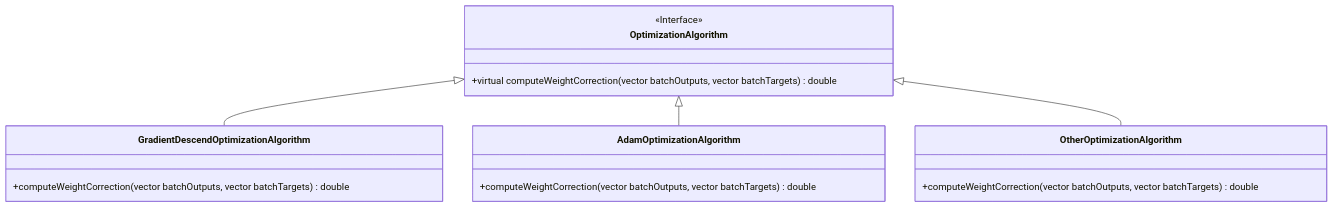
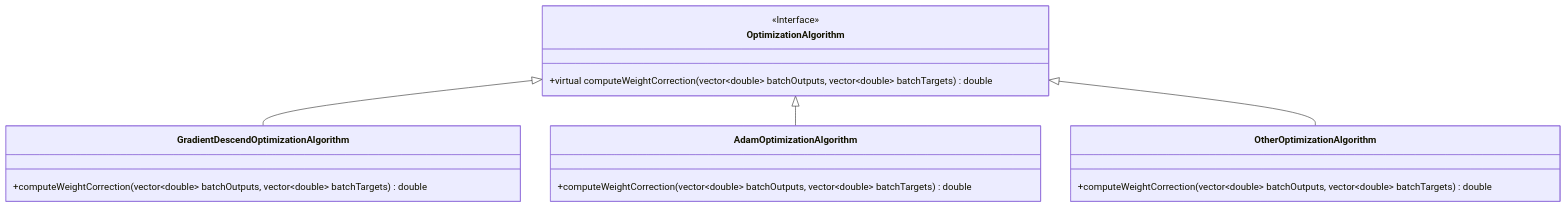
The third of 4 diagrams in README.md (alejandrofsevilla/neural-network-notes), drawn with Mermaid before and after one commit. The commit also changed other lines of this file, not shown here.

````diff
--- a/README.md
+++ b/README.md
@@ -318,11 +317,11 @@
 ```mermaid
 classDiagram
 OptimizationAlgorithm <|-- GradientDescendOptimizationAlgorithm
 OptimizationAlgorithm <|-- AdamOptimizationAlgorithm
 OptimizationAlgorithm <|-- OtherOptimizationAlgorithm
 <<Interface>> OptimizationAlgorithm
-OptimizationAlgorithm : +virtual computeWeightCorrection(vector<double> batchOutputs, vector<double> batchTargets) double
-GradientDescendOptimizationAlgorithm : +computeWeightCorrection(vector<double> batchOutputs, vector<double> batchTargets) double
-AdamOptimizationAlgorithm : +computeWeightCorrection(vector<double> batchOutputs, vector<double> batchTargets) double
-OtherOptimizationAlgorithm : +computeWeightCorrection(vector<double> batchOutputs, vector<double> batchTargets) double
+OptimizationAlgorithm : +virtual computeWeightCorrection(vector~double~ batchOutputs, vector~double~ batchTargets) double
+GradientDescendOptimizationAlgorithm : +computeWeightCorrection(vector~double~ batchOutputs, vector~double~ batchTargets) double
+AdamOptimizationAlgorithm : +computeWeightCorrection(vector~double~ batchOutputs, vector~double~ batchTargets) double
+OtherOptimizationAlgorithm : +computeWeightCorrection(vector~double~ batchOutputs, vector~double~ batchTargets) double
 ```
````
